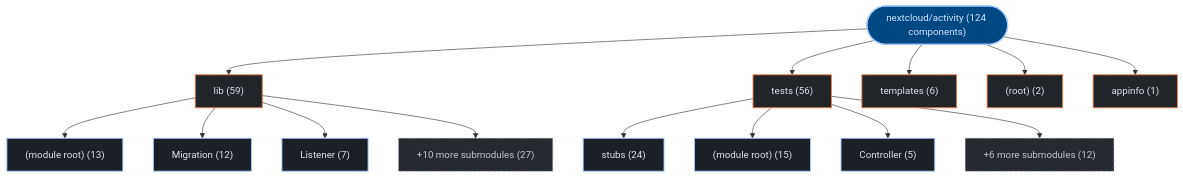
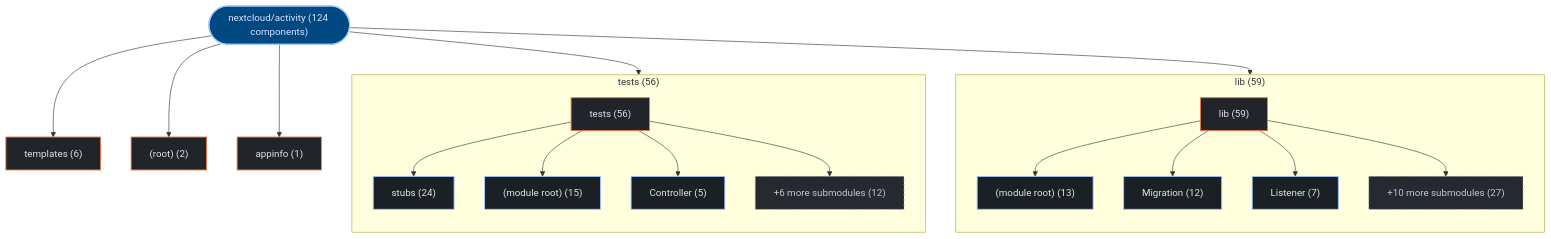
The first of 3 diagrams in exports/latest/reports/nextcloud-activity-report.md (kumarshaz/atruss-code-atlas), drawn with Mermaid before and after one commit. The commit also changed 178 other files, not shown here.

Commit message:
feat(ui,mermaid): upgrade to mermaid v12 + ELK layout, add orgs-summary + pagination, subgraph building blocks, fix tab alignment

````diff
--- a/exports/latest/reports/nextcloud-activity-report.md
+++ b/exports/latest/reports/nextcloud-activity-report.md
@@ -42,37 +42,43 @@
 ```mermaid
 graph TD;
   classDef atlasRoot fill:#004882,stroke:#a3c9ff,stroke-width:2px,color:#d3e4ff
   classDef atlasCategory fill:#212428,stroke:#E87A48,stroke-width:1.5px,color:#dfe3eb
   classDef atlasWorkflow fill:#1b2026,stroke:#a3c9ff,stroke-width:1.5px,color:#dfe3eb
   classDef atlasJob fill:#171c22,stroke:#8d9199,stroke-width:1px,color:#dfe3eb
   classDef atlasTarget fill:#005227,stroke:#8bd99b,stroke-width:1.5px,color:#a7f6b6
   classDef atlasAlert fill:#93000a,stroke:#ffb4ab,stroke-width:1.5px,color:#ffdad6
   classDef atlasMore fill:#252a31,stroke:#8d9199,stroke-dasharray:4 4,color:#c3c6cf
     repo_root(["nextcloud/activity (124 components)"]):::atlasRoot
-    dir_0_lib["lib (59)"]:::atlasCategory
+    subgraph sg_dir_0_lib["lib (59)"]
+      direction TB
+      dir_0_lib["lib (59)"]:::atlasCategory
+      sub_0_0__module_root_["(module root) (13)"]:::atlasWorkflow
+      dir_0_lib --> sub_0_0__module_root_
+      sub_0_1_Migration["Migration (12)"]:::atlasWorkflow
+      dir_0_lib --> sub_0_1_Migration
+      sub_0_2_Listener["Listener (7)"]:::atlasWorkflow
+      dir_0_lib --> sub_0_2_Listener
+      sub_0_more["+10 more submodules (27)"]:::atlasMore
+      dir_0_lib --> sub_0_more
+    end
     repo_root --> dir_0_lib
-    sub_0_0__module_root_["(module root) (13)"]:::atlasWorkflow
-    dir_0_lib --> sub_0_0__module_root_
-    sub_0_1_Migration["Migration (12)"]:::atlasWorkflow
-    dir_0_lib --> sub_0_1_Migration
-    sub_0_2_Listener["Listener (7)"]:::atlasWorkflow
-    dir_0_lib --> sub_0_2_Listener
-    sub_0_more["+10 more submodules (27)"]:::atlasMore
-    dir_0_lib --> sub_0_more
-    dir_1_tests["tests (56)"]:::atlasCategory
+    subgraph sg_dir_1_tests["tests (56)"]
+      direction TB
+      dir_1_tests["tests (56)"]:::atlasCategory
+      sub_1_0_stubs["stubs (24)"]:::atlasWorkflow
+      dir_1_tests --> sub_1_0_stubs
+      sub_1_1__module_root_["(module root) (15)"]:::atlasWorkflow
+      dir_1_tests --> sub_1_1__module_root_
+      sub_1_2_Controller["Controller (5)"]:::atlasWorkflow
+      dir_1_tests --> sub_1_2_Controller
+      sub_1_more["+6 more submodules (12)"]:::atlasMore
+      dir_1_tests --> sub_1_more
+    end
     repo_root --> dir_1_tests
-    sub_1_0_stubs["stubs (24)"]:::atlasWorkflow
-    dir_1_tests --> sub_1_0_stubs
-    sub_1_1__module_root_["(module root) (15)"]:::atlasWorkflow
-    dir_1_tests --> sub_1_1__module_root_
-    sub_1_2_Controller["Controller (5)"]:::atlasWorkflow
-    dir_1_tests --> sub_1_2_Controller
-    sub_1_more["+6 more submodules (12)"]:::atlasMore
-    dir_1_tests --> sub_1_more
     dir_2_templates["templates (6)"]:::atlasCategory
     repo_root --> dir_2_templates
     dir_3__root_["(root) (2)"]:::atlasCategory
     repo_root --> dir_3__root_
     dir_4_appinfo["appinfo (1)"]:::atlasCategory
     repo_root --> dir_4_appinfo
 ```
````
